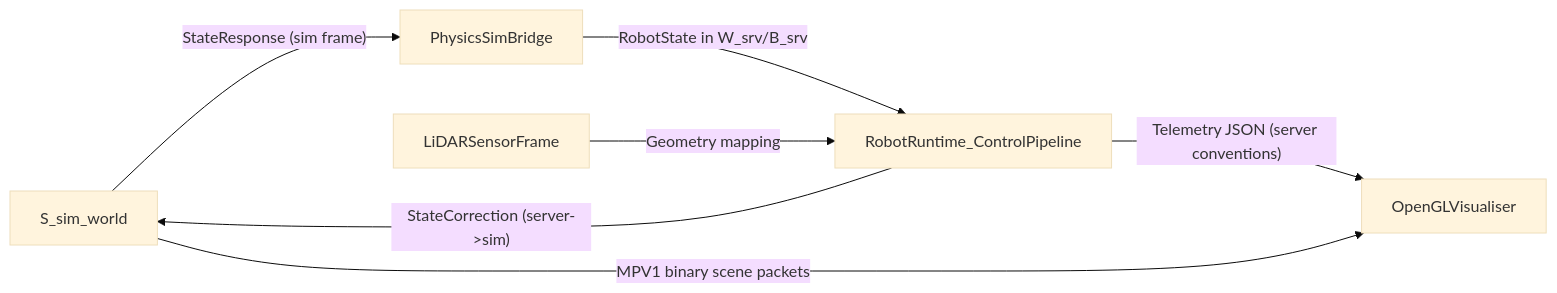
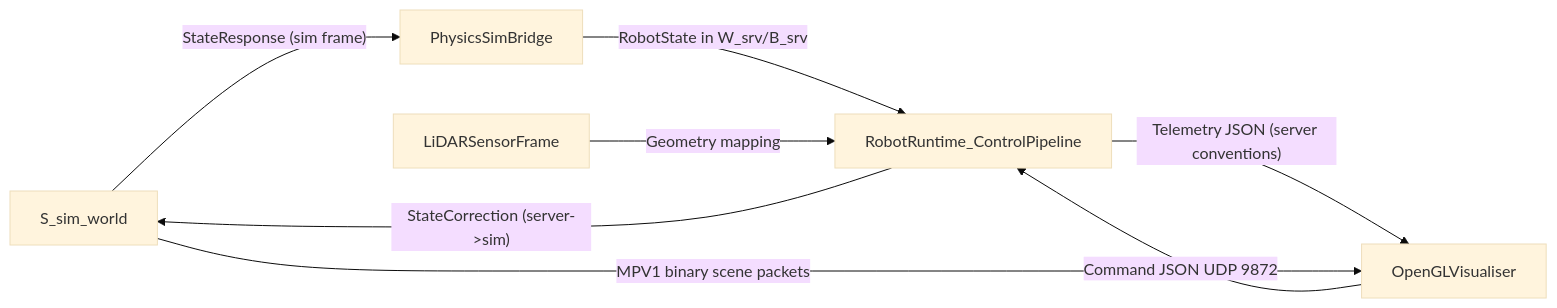
One commit to rpharmer/hexapod changed the diagram in docs/REFERENCE_FRAMES.md. Above: the diagram before and after it, drawn with Mermaid (base theme). The commit also changed other lines of this file and 97 other files, not shown here.

````diff
--- a/docs/REFERENCE_FRAMES.md
+++ b/docs/REFERENCE_FRAMES.md
@@ -144,9 +144,10 @@
 ```mermaid
 flowchart LR
   simWorld[S_sim_world] -->|"StateResponse (sim frame)"| simBridge[PhysicsSimBridge]
   simBridge -->|"RobotState in W_srv/B_srv"| serverRuntime[RobotRuntime_ControlPipeline]
   serverRuntime -->|"Telemetry JSON (server conventions)"| visualiser[OpenGLVisualiser]
+  visualiser -->|"Command JSON UDP 9872"| serverRuntime
   serverRuntime -->|"StateCorrection (server->sim)"| simWorld
   simWorld -->|"MPV1 binary scene packets"| visualiser
   lidarSensor[LiDARSensorFrame] -->|"Geometry mapping"| serverRuntime
 ```
````
